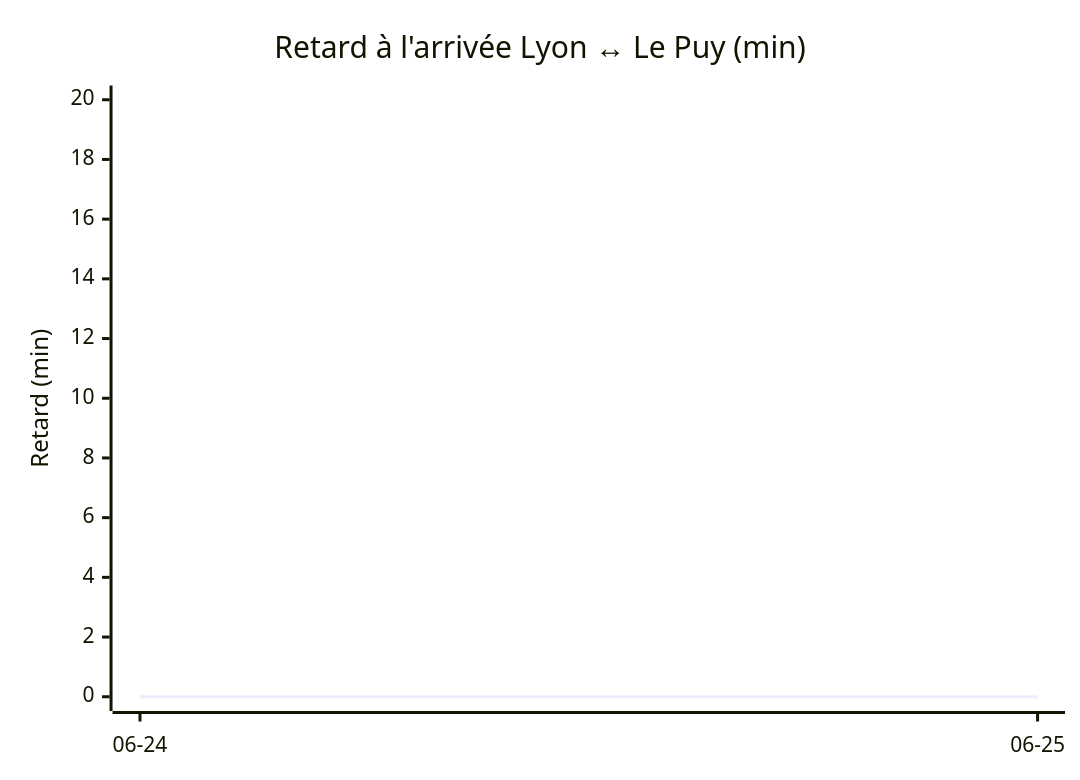
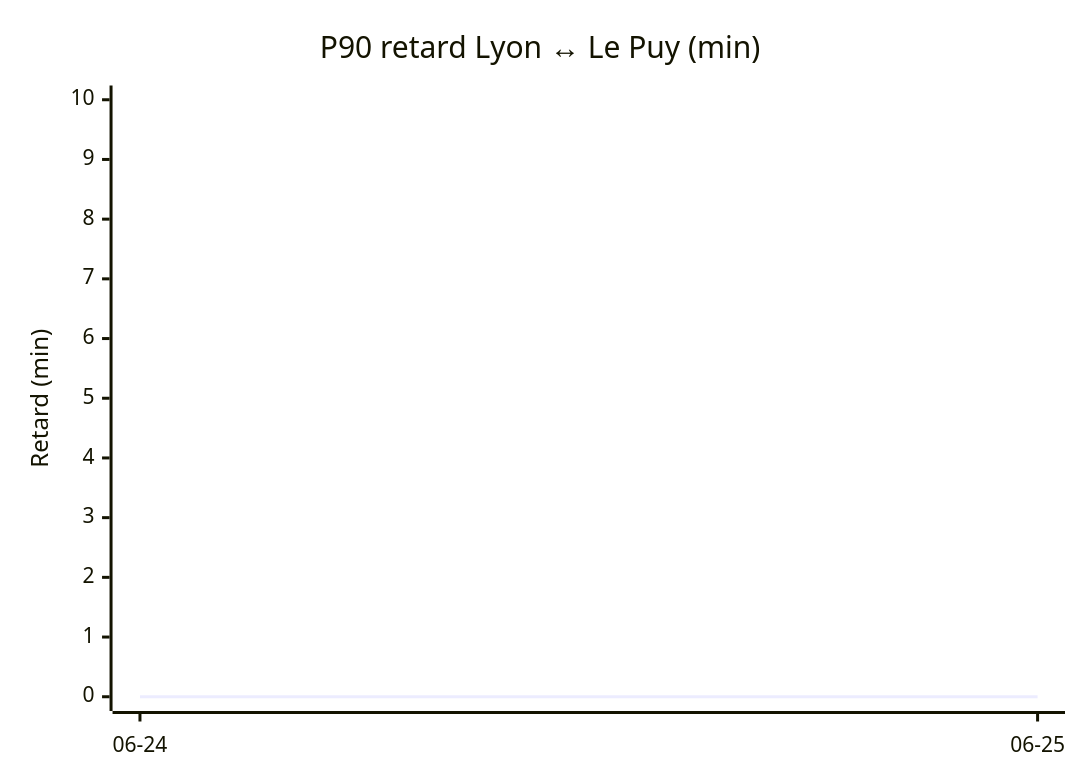
One commit to antoinerep/horaire-ter changed the first of 2 diagrams in STATS.md. Above: the diagram before and after it, drawn with Mermaid. The commit also changed other lines of this file and 3 other files, not shown here.

First line of the commit message:
Split STATS / DETAIL, percentile-only Focus, P90+P99 charts, Ambérieu annot.

````diff
--- a/STATS.md
+++ b/STATS.md
@@ -57,7 +61,7 @@
 ```mermaid
 xychart-beta
-    title "Retard à l'arrivée Lyon ↔ Le Puy (min)"
+    title "P90 retard Lyon ↔ Le Puy (min)"
     x-axis ["06-24", "06-25"]
-    y-axis "Retard (min)" 0 --> 20
+    y-axis "Retard (min)" 0 --> 10
     line [0.0, 0.0]
 ```
````
